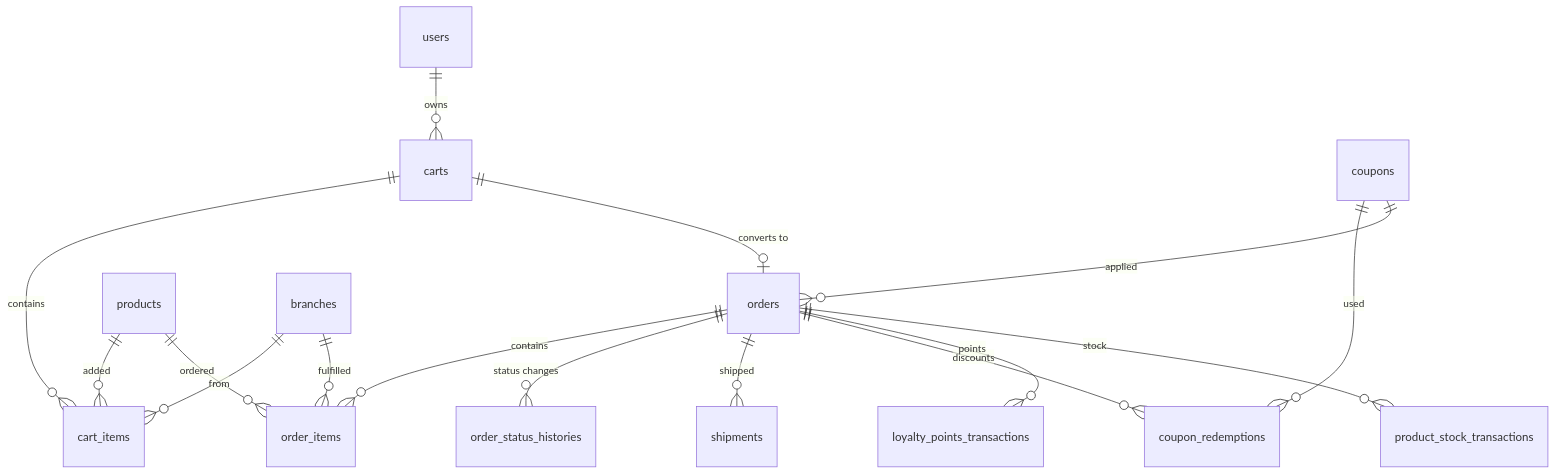
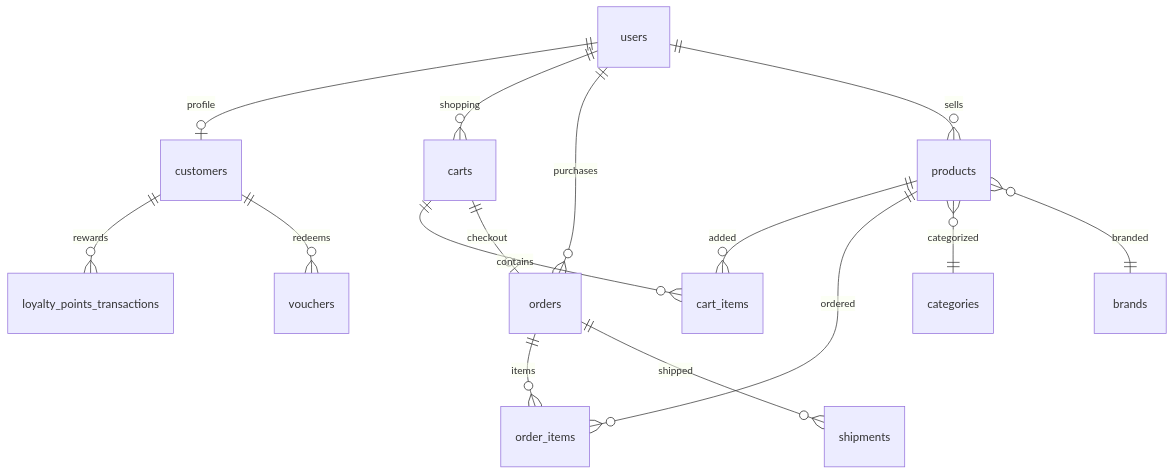
The tenth of 10 diagrams in docs/DATABASE_DIAGRAM.md (inetwork-me/dnp-backend), drawn with Mermaid before and after one commit. The commit also changed other lines of this file, not shown here.

````diff
--- a/docs/DATABASE_DIAGRAM.md
+++ b/docs/DATABASE_DIAGRAM.md
@@ -442,22 +388,21 @@
 ```mermaid
 erDiagram
-    users ||--o{ carts : "owns"
-    carts ||--o{ cart_items : "contains"
-    carts ||--o| orders : "converts to"
-
-    orders ||--o{ order_items : "contains"
-    orders ||--o{ order_status_histories : "status changes"
-    orders ||--o{ shipments : "shipped"
-    orders ||--o{ coupon_redemptions : "discounts"
-    orders ||--o{ loyalty_points_transactions : "points"
-    orders ||--o{ product_stock_transactions : "stock"
+    users ||--o| customers : "profile"
+    users ||--o{ carts : "shopping"
+    users ||--o{ orders : "purchases"
+    users ||--o{ products : "sells"
 
     products ||--o{ cart_items : "added"
     products ||--o{ order_items : "ordered"
+    products }o--|| categories : "categorized"
+    products }o--|| brands : "branded"
 
-    coupons ||--o{ coupon_redemptions : "used"
-    coupons ||--o{ orders : "applied"
+    carts ||--o{ cart_items : "contains"
+    carts ||--o| orders : "checkout"
 
-    branches ||--o{ cart_items : "from"
-    branches ||--o{ order_items : "fulfilled"
+    orders ||--o{ order_items : "items"
+    orders ||--o{ shipments : "shipped"
+
+    customers ||--o{ loyalty_points_transactions : "rewards"
+    customers ||--o{ vouchers : "redeems"
 ```
````
